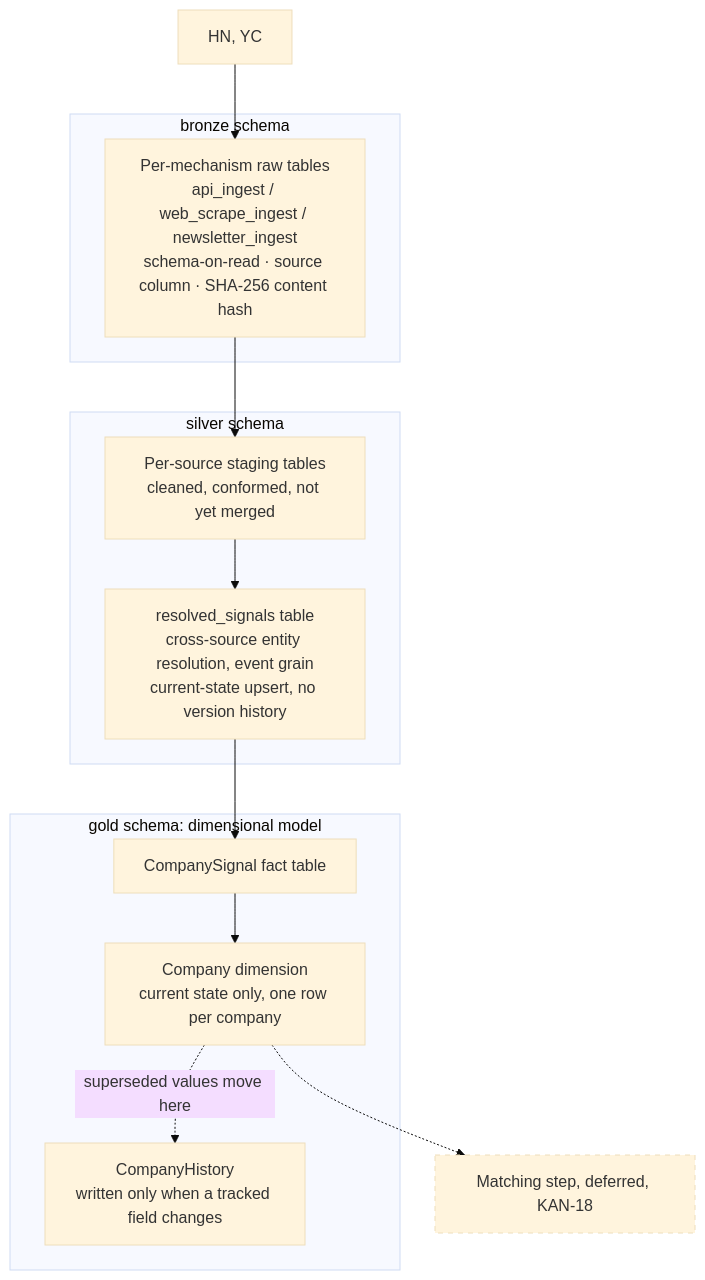
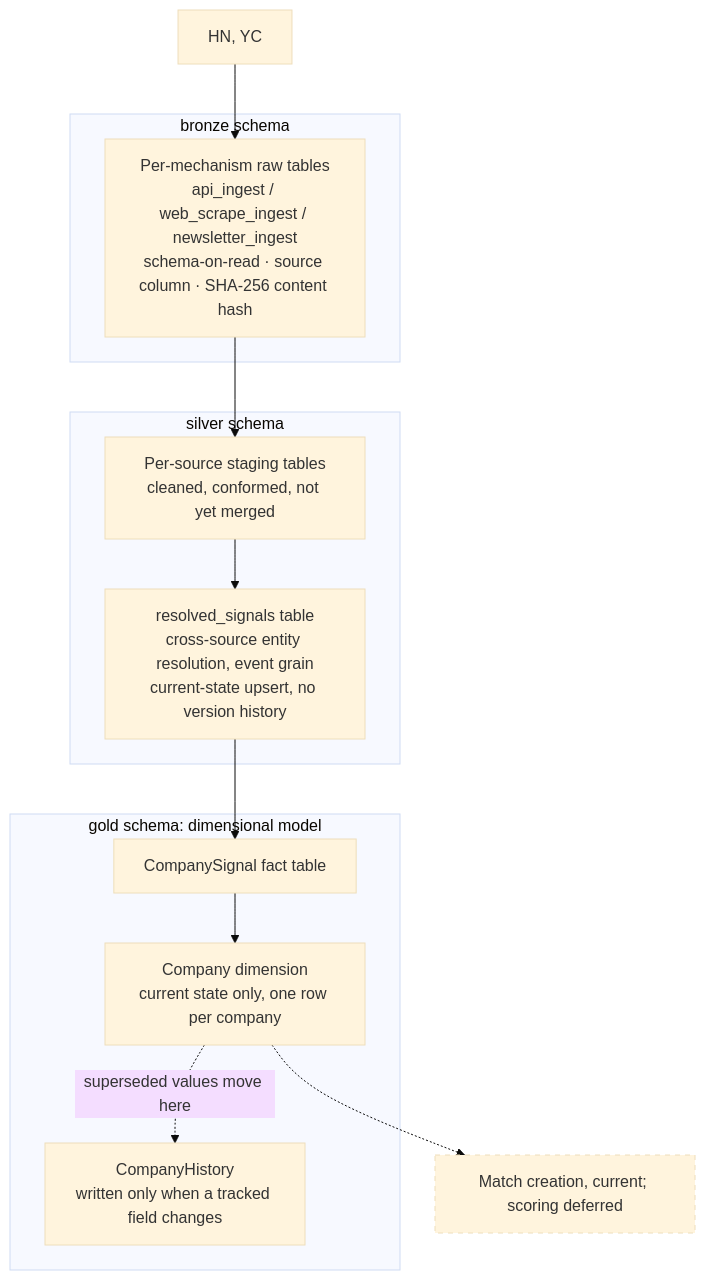
One commit to KhaledAwashreh/Huginn changed the second of 4 diagrams in docs/architecture.md. Above: the diagram before and after it, drawn with Mermaid (base theme). The commit also changed other lines of this file and 90 other files, not shown here.

````diff
--- a/docs/architecture.md
+++ b/docs/architecture.md
@@ -105,31 +105,31 @@
 ```mermaid
 flowchart TB
     SRC["HN, YC"]
 
     subgraph BRONZE["bronze schema"]
         BR["Per-mechanism raw tables<br/>api_ingest / web_scrape_ingest / newsletter_ingest<br/>schema-on-read · source column · SHA-256 content hash"]
     end
 
     subgraph SILVER["silver schema"]
         SS["Per-source staging tables<br/>cleaned, conformed, not yet merged"]
         SR["resolved_signals table<br/>cross-source entity resolution, event grain<br/>current-state upsert, no version history"]
         SS --> SR
     end
 
     subgraph GOLD["gold schema: dimensional model"]
         GD["Company dimension<br/>current state only, one row per company"]
         GH["CompanyHistory<br/>written only when a tracked field changes"]
         GF["CompanySignal fact table"]
         GF --> GD
         GD -.->|"superseded values move here"| GH
     end
 
-    MATCH["Matching step, deferred, KAN-18"]
+    MATCH["Match creation, current; scoring deferred"]
 
     SRC --> BR --> SS
     SR --> GF
     GD -.-> MATCH
 
     classDef deferred stroke-dasharray: 5 5
     class MATCH deferred
 ```
````
